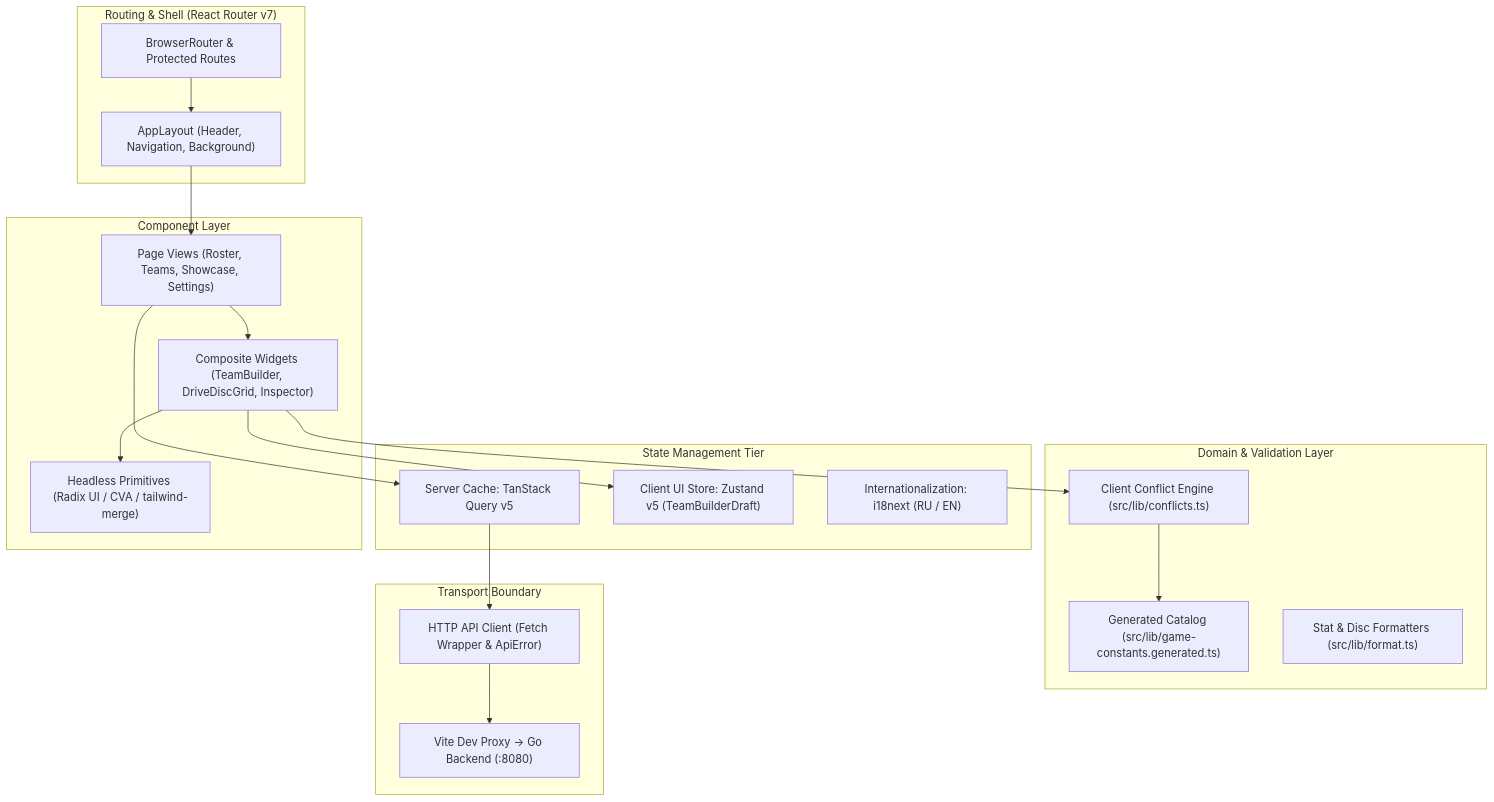
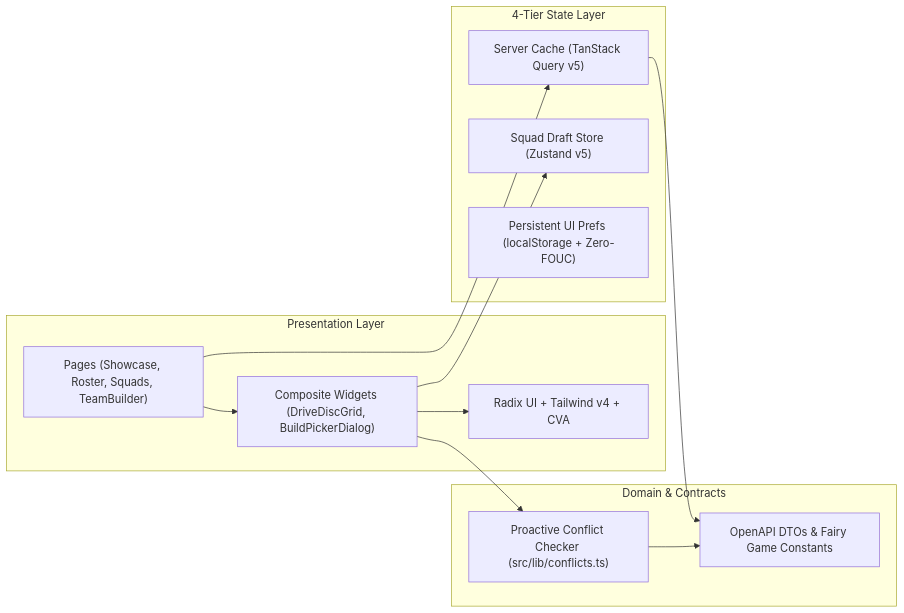
Before and after one commit to kirinyoku/proxyloadouts: the diagram in frontend/README.md, drawn with Mermaid. The commit also changed other lines of this file and 9 other files, not shown here.

````diff
--- a/frontend/README.md
+++ b/frontend/README.md
@@ -36,41 +116,26 @@
 ```mermaid
-flowchart TD
-    subgraph Routing["Routing & Shell (React Router v7)"]
-        Router["BrowserRouter & Protected Routes"]
-        Shell["AppLayout (Header, Navigation, Background)"]
+flowchart LR
+    subgraph UI["Presentation Layer"]
+        Pages["Pages (Showcase, Roster, Squads, TeamBuilder)"]
+        Widgets["Composite Widgets (DriveDiscGrid, BuildPickerDialog)"]
+        Primitives["Radix UI + Tailwind v4 + CVA"]
     end
 
-    subgraph State["State Management Tier"]
-        RQ["Server Cache: TanStack Query v5"]
-        Zustand["Client UI Store: Zustand v5 (TeamBuilderDraft)"]
-        I18n["Internationalization: i18next (RU / EN)"]
+    subgraph State["4-Tier State Layer"]
+        RQ["Server Cache (TanStack Query v5)"]
+        Zustand["Squad Draft Store (Zustand v5)"]
+        Prefs["Persistent UI Prefs (localStorage + Zero-FOUC)"]
     end
 
-    subgraph Logic["Domain & Validation Layer"]
-        ConflictEngine["Client Conflict Engine (src/lib/conflicts.ts)"]
-        GeneratedConstants["Generated Catalog (src/lib/game-constants.generated.ts)"]
-        Formatters["Stat & Disc Formatters (src/lib/format.ts)"]
+    subgraph Logic["Domain & Contracts"]
+        Conflict["Proactive Conflict Checker (src/lib/conflicts.ts)"]
+        Codegen["OpenAPI DTOs & Fairy Game Constants"]
     end
 
-    subgraph UI["Component Layer"]
-        Pages["Page Views (Roster, Teams, Showcase, Settings)"]
-        Composite["Composite Widgets (TeamBuilder, DriveDiscGrid, Inspector)"]
-        Primitives["Headless Primitives (Radix UI / CVA / tailwind-merge)"]
-    end
-
-    subgraph Transport["Transport Boundary"]
-        ApiClient["HTTP API Client (Fetch Wrapper & ApiError)"]
-        ViteProxy["Vite Dev Proxy -> Go Backend (:8080)"]
-    end
-
-    Router --> Shell
-    Shell --> Pages
-    Pages --> Composite
-    Composite --> Primitives
-    Composite --> Zustand
+    Pages --> Widgets --> Primitives
     Pages --> RQ
-    Composite --> ConflictEngine
-    ConflictEngine --> GeneratedConstants
-    RQ --> ApiClient
-    ApiClient --> ViteProxy
+    Widgets --> Zustand
+    Widgets --> Conflict
+    Conflict --> Codegen
+    RQ --> Codegen
 ```
````
